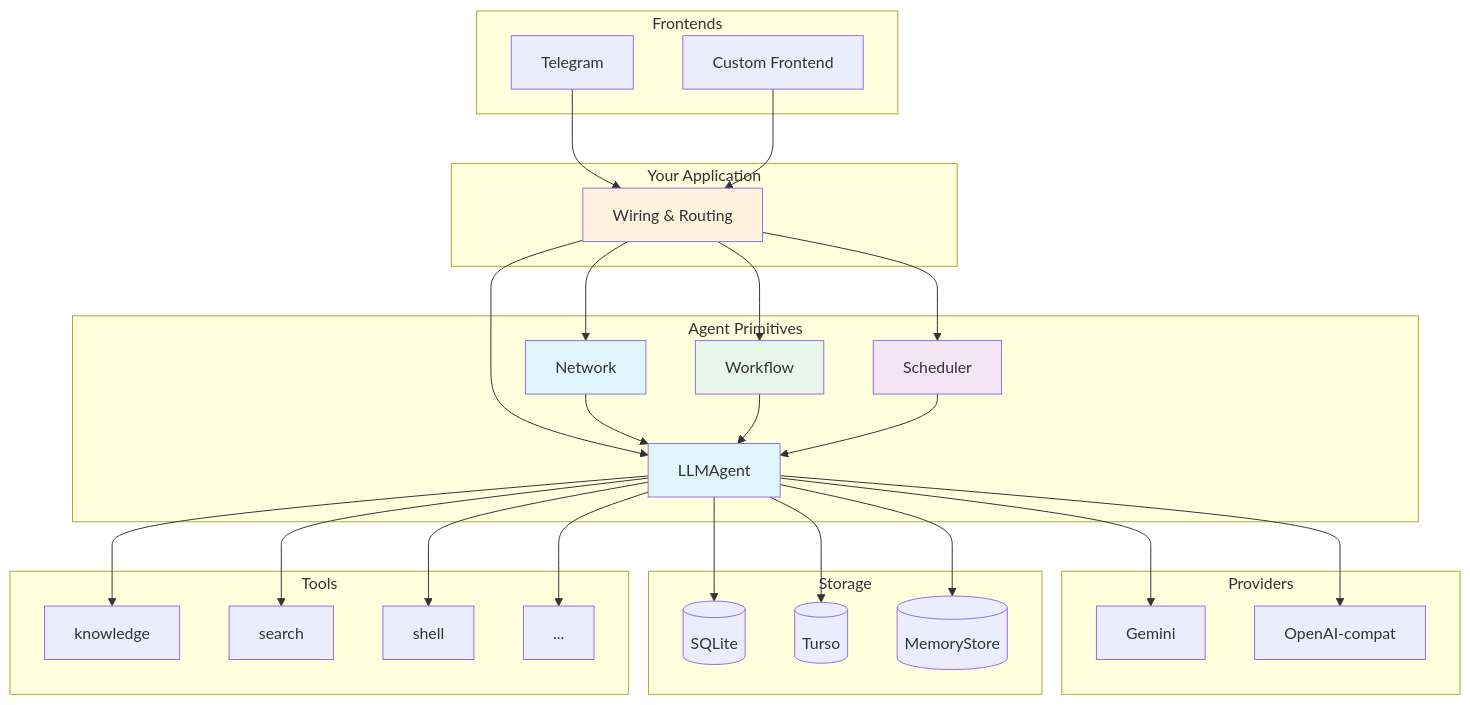
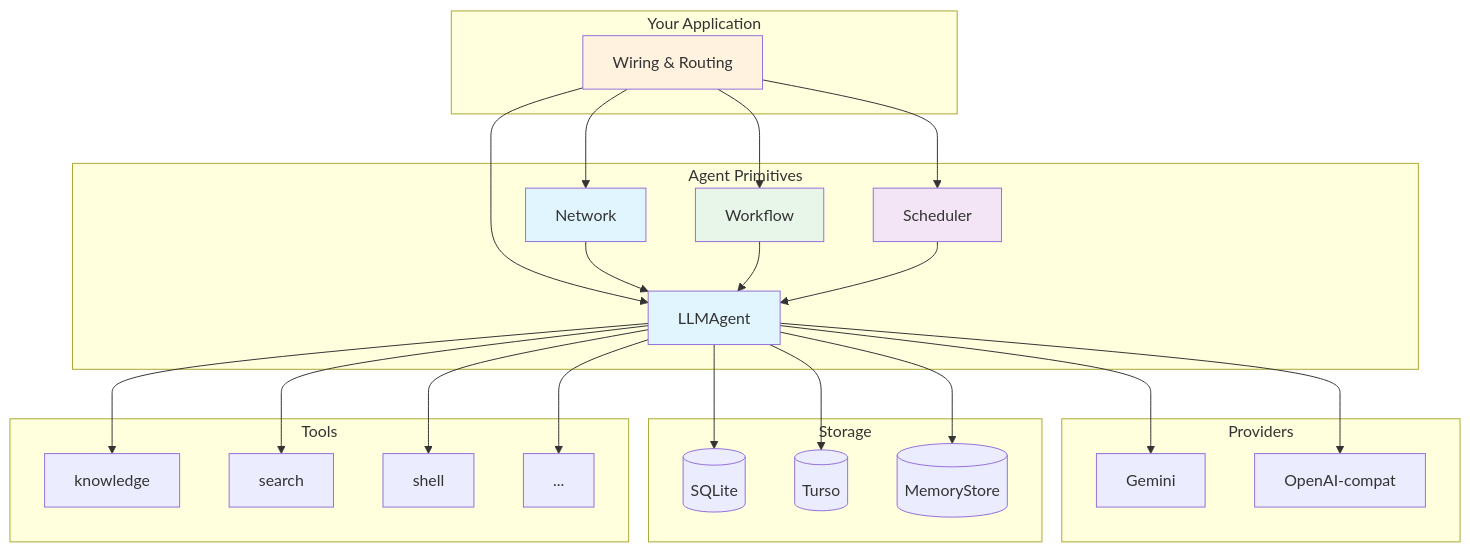
One commit to nevindra/oasis changed the diagram in docs/concepts/index.md. Above: the diagram before and after it, drawn with Mermaid. The commit also changed other lines of this file and 15 other files, not shown here.

````diff
--- a/docs/concepts/index.md
+++ b/docs/concepts/index.md
@@ -7,61 +7,54 @@
 ```mermaid
 graph TB
-    subgraph Frontends
-        TG[Telegram]
-        CUSTOM_FE[Custom Frontend]
-    end
-
     subgraph "Your Application"
         APP[Wiring & Routing]
     end
 
     subgraph "Agent Primitives"
         AGENT[LLMAgent]
         NET[Network]
         WF[Workflow]
         SCHED[Scheduler]
     end
 
     subgraph Providers
         GEM[Gemini]
         OAI[OpenAI-compat]
     end
 
     subgraph Storage
         SQLITE[(SQLite)]
         LIBSQL[(Turso)]
         MEMSQL[(MemoryStore)]
     end
 
     subgraph Tools
         KNOW[knowledge]
         SEARCH[search]
         SHELL[shell]
         MORE[...]
     end
 
-    TG --> APP
-    CUSTOM_FE --> APP
     APP --> AGENT
     APP --> NET
     APP --> WF
     APP --> SCHED
     AGENT --> GEM
     AGENT --> OAI
     NET --> AGENT
     WF --> AGENT
     SCHED --> AGENT
     AGENT --> SQLITE
     AGENT --> LIBSQL
     AGENT --> MEMSQL
     AGENT --> KNOW
     AGENT --> SEARCH
     AGENT --> SHELL
     AGENT --> MORE
 
     style APP fill:#fff3e0
     style AGENT fill:#e1f5fe
     style NET fill:#e1f5fe
     style WF fill:#e8f5e9
     style SCHED fill:#f3e5f5
 ```
````
